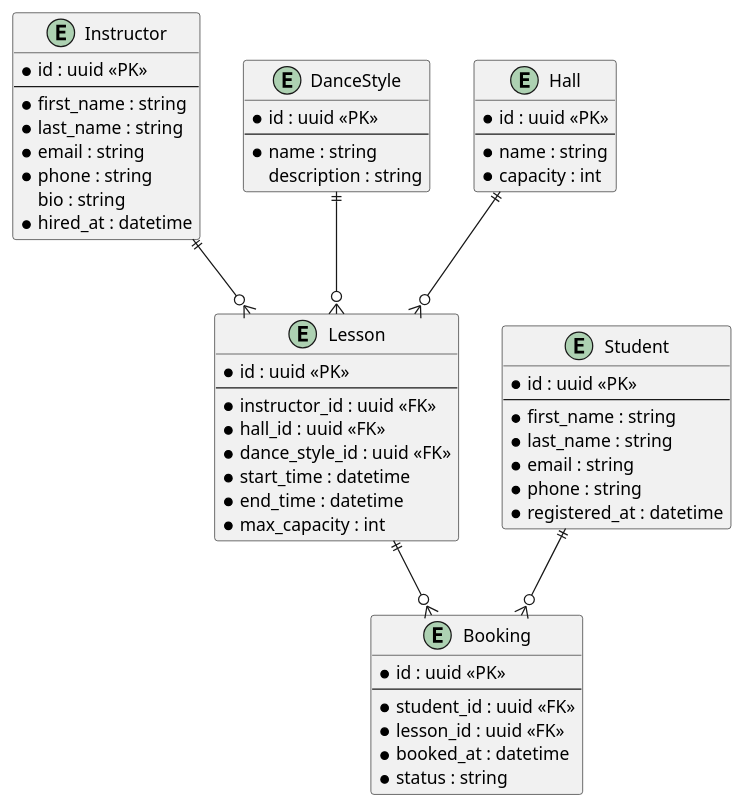
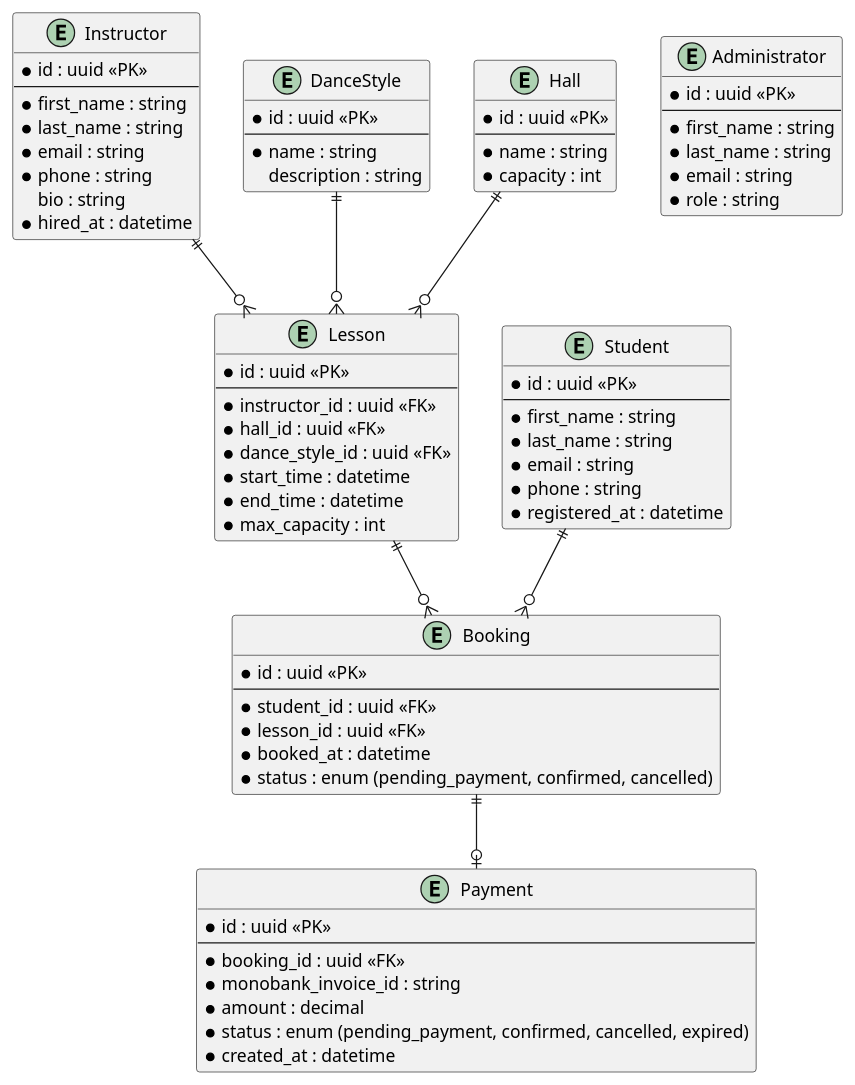
The diagram in lab1/diagram.puml (prashchukdanylo-stack/software-requirements-modeling-and-analysis), drawn with PlantUML before and after one commit. The commit also changed 5 other files, not shown here.

Commit message:
changed a bit traceability matrix, audit in spec; fixed problems from audit in lab1, added Administrator and Payment entities, constrained booking and payment statuses.

```diff
--- a/lab1/diagram.puml
+++ b/lab1/diagram.puml
@@ -1,64 +1,84 @@
 @startuml
 
 entity Instructor {
     * id : uuid <<PK>>
     --
     * first_name : string
     * last_name : string
     * email : string
     * phone : string
     bio : string
     * hired_at : datetime
 }
 
 entity Student {
     * id : uuid <<PK>>
     --
     * first_name : string
     * last_name : string
     * email : string
     * phone : string
     * registered_at : datetime
 }
 
 entity DanceStyle {
     * id : uuid <<PK>>
     --
     * name : string
     description : string
 }
 
 entity Hall {
     * id : uuid <<PK>>
     --
     * name : string
     * capacity : int
 }
 
 entity Lesson {
     * id : uuid <<PK>>
     --
     * instructor_id : uuid <<FK>>
     * hall_id : uuid <<FK>>
     * dance_style_id : uuid <<FK>>
     * start_time : datetime
     * end_time : datetime
     * max_capacity : int
 }
 
 entity Booking {
     * id : uuid <<PK>>
     --
     * student_id : uuid <<FK>>
     * lesson_id : uuid <<FK>>
     * booked_at : datetime
-    * status : string
+    * status : enum (pending_payment, confirmed, cancelled)
+}
+
+entity Payment {
+    * id : uuid <<PK>>
+    --
+    * booking_id : uuid <<FK>>
+    * monobank_invoice_id : string
+    * amount : decimal
+    * status : enum (pending_payment, confirmed, cancelled, expired)
+    * created_at : datetime
+}
+
+entity Administrator {
+    * id : uuid <<PK>>
+    --
+    * first_name : string
+    * last_name : string
+    * email : string
+    * role : string
 }
 
 Hall ||--o{ Lesson
 Instructor ||--o{ Lesson
 DanceStyle ||--o{ Lesson
 Student ||--o{ Booking
-Lesson ||--o{Booking
+Lesson ||--o{ Booking
+Booking ||--o| Payment
 
 @enduml
```
